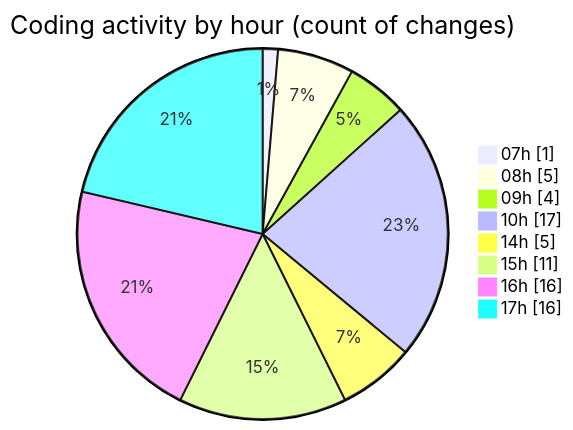
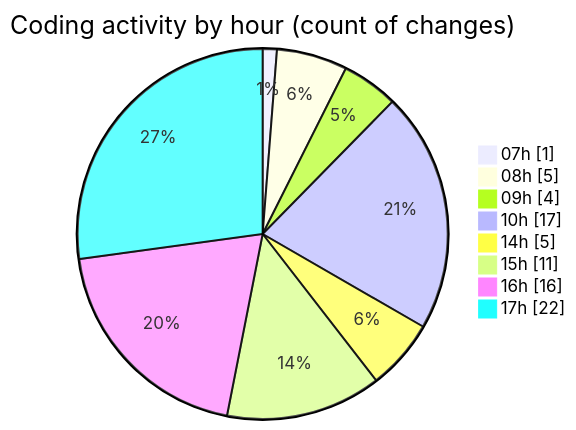
Before and after one commit to momahboobian/code-tracking: the second of 2 diagrams in 2025-05-14/cda/README.md, drawn with Mermaid. The commit also changed other lines of this file and 1 other file, not shown here.

````diff
--- a/2025-05-14/cda/README.md
+++ b/2025-05-14/cda/README.md
@@ -42,12 +42,12 @@
 ```mermaid
 pie showData
 title Coding activity by hour (count of changes)
 "07h" : 1
 "08h" : 5
 "09h" : 4
 "10h" : 17
 "14h" : 5
 "15h" : 11
 "16h" : 16
-"17h" : 16
+"17h" : 22
 ```
````
